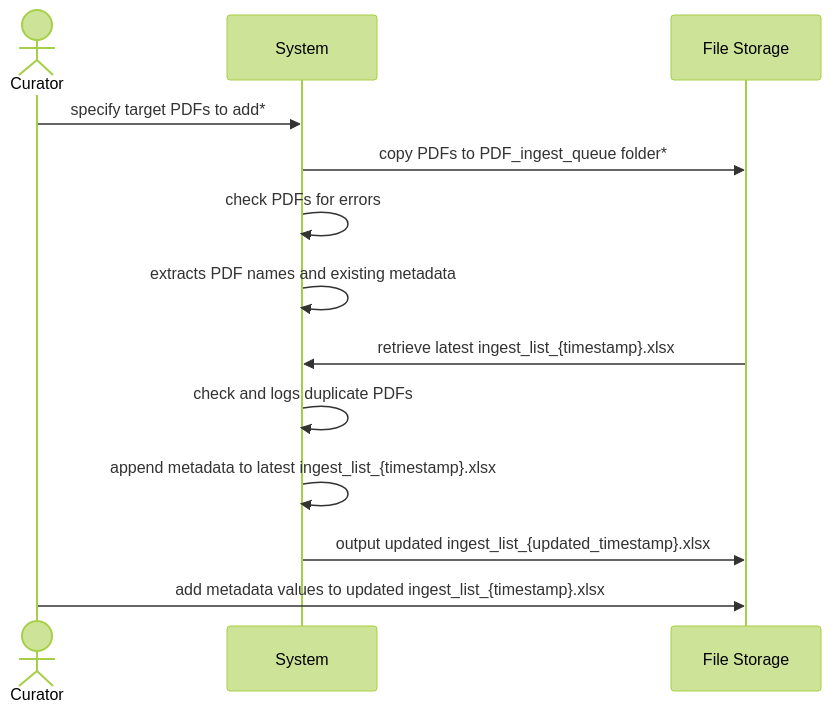
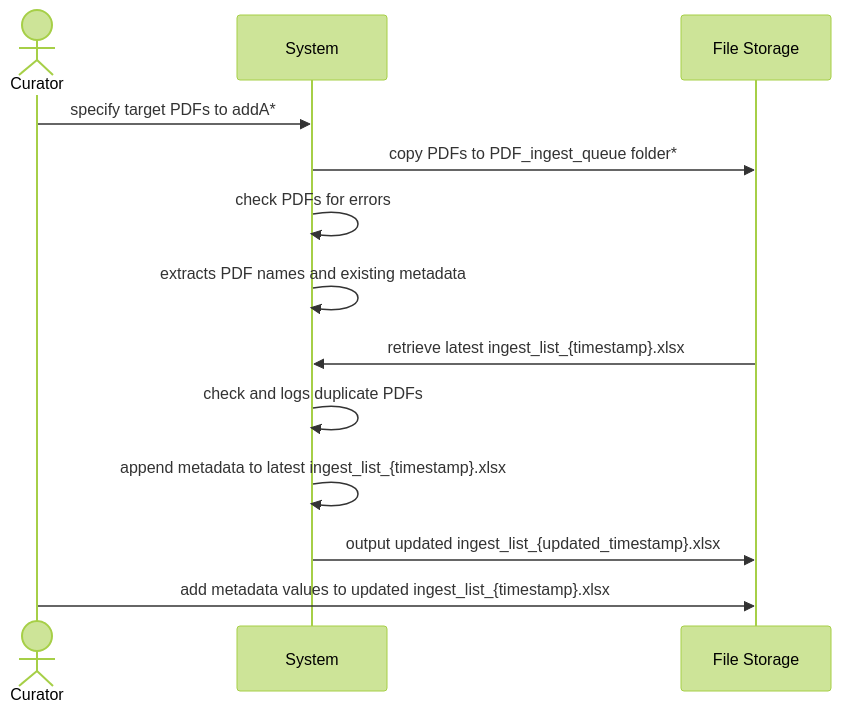
The first of 2 diagrams in docs/library_admin_processes.md (drew-wks/ASK), drawn with Mermaid (forest theme) before and after one commit.

````diff
--- a/docs/library_admin_processes.md
+++ b/docs/library_admin_processes.md
@@ -6,16 +6,16 @@
 ```mermaid
 sequenceDiagram
     actor Curator
     participant System
     participant File Storage
     
-    Curator->>System: specify target PDFs to add*
+    Curator->>System: specify target PDFs to addA*
     System->>File Storage: copy PDFs to PDF_ingest_queue folder*
     System->>System: check PDFs for errors
     System->>System: extracts PDF names and existing metadata
     File Storage->>System: retrieve latest ingest_list_{timestamp}.xlsx
     System->>System: check and logs duplicate PDFs
     System->>System: append metadata to latest ingest_list_{timestamp}.xlsx
     System->>File Storage: output updated ingest_list_{updated_timestamp}.xlsx
     Curator->>File Storage: add metadata values to updated ingest_list_{timestamp}.xlsx
 ```
````
